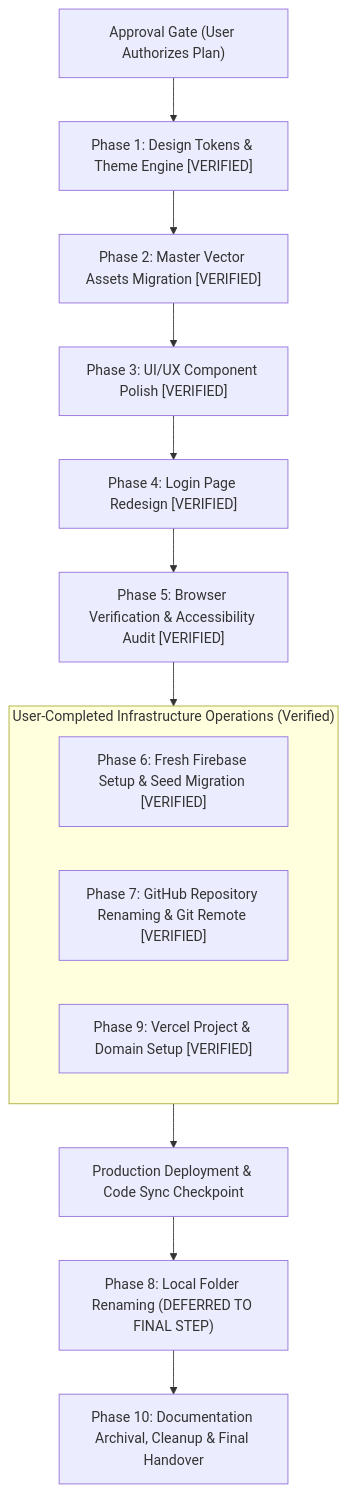
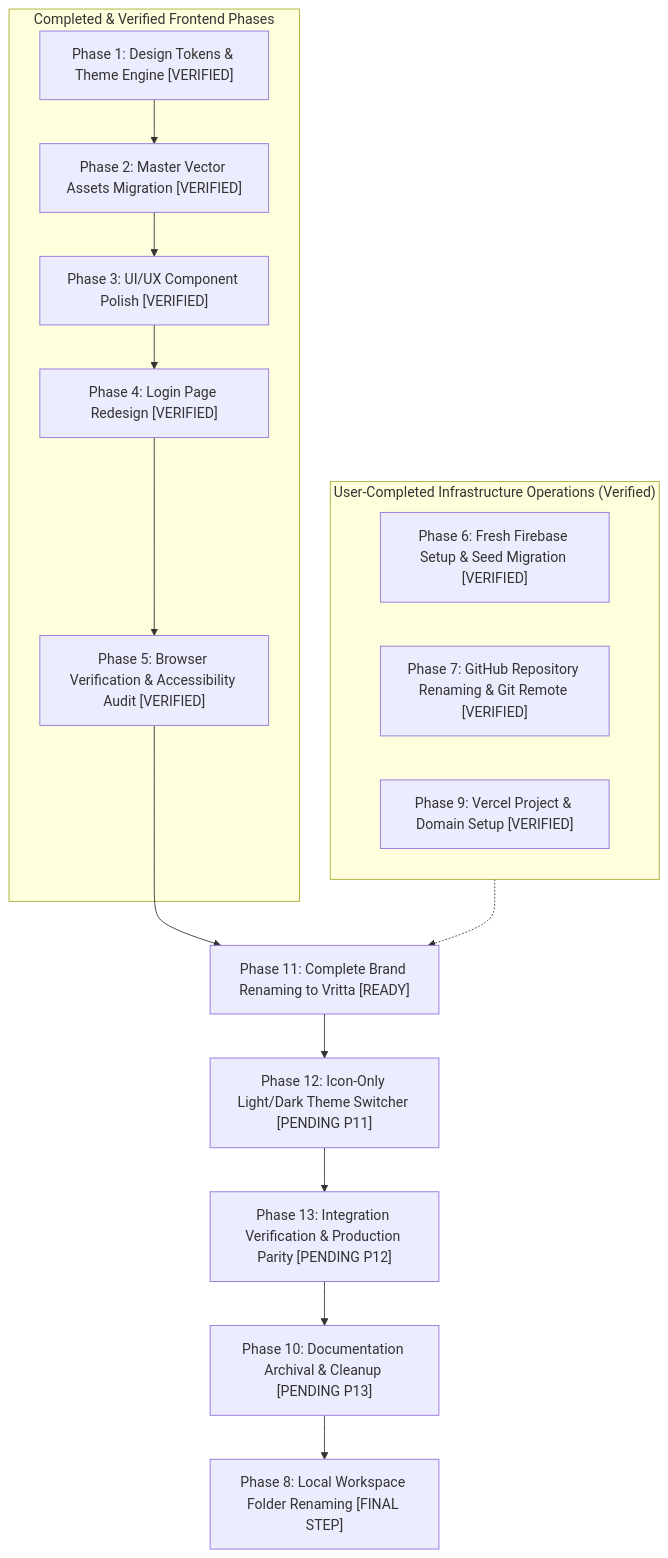
The diagram in docs/branding-exploration/06-phased-implementation-plan.md (manishborikar92/Regimen), drawn with Mermaid before and after one commit. The commit also changed other lines of this file, not shown here.

First line of the commit message:
docs(phase-5): Update phased implementation plan with verified infrastructure status

````diff
--- a/docs/branding-exploration/06-phased-implementation-plan.md
+++ b/docs/branding-exploration/06-phased-implementation-plan.md
@@ -259,19 +260,24 @@
 ```mermaid
 flowchart TD
-    Gate["Approval Gate (User Authorizes Plan)"] --> P1["Phase 1: Design Tokens & Theme Engine [VERIFIED]"]
-    P1 --> P2["Phase 2: Master Vector Assets Migration [VERIFIED]"]
-    P2 --> P3["Phase 3: UI/UX Component Polish [VERIFIED]"]
-    P3 --> P4["Phase 4: Login Page Redesign [VERIFIED]"]
-    P4 --> P5["Phase 5: Browser Verification & Accessibility Audit [VERIFIED]"]
+    subgraph FrontendPhases["Completed & Verified Frontend Phases"]
+        P1["Phase 1: Design Tokens & Theme Engine [VERIFIED]"]
+        P2["Phase 2: Master Vector Assets Migration [VERIFIED]"]
+        P3["Phase 3: UI/UX Component Polish [VERIFIED]"]
+        P4["Phase 4: Login Page Redesign [VERIFIED]"]
+        P5["Phase 5: Browser Verification & Accessibility Audit [VERIFIED]"]
+        P1 --> P2 --> P3 --> P4 --> P5
+    end
 
-    subgraph UserCompletedInfra["User-Completed Infrastructure Operations (Verified)"]
+    subgraph UserInfra["User-Completed Infrastructure Operations (Verified)"]
         P6["Phase 6: Fresh Firebase Setup & Seed Migration [VERIFIED]"]
         P7["Phase 7: GitHub Repository Renaming & Git Remote [VERIFIED]"]
         P9["Phase 9: Vercel Project & Domain Setup [VERIFIED]"]
     end
 
-    P5 --> UserCompletedInfra
-    UserCompletedInfra --> Checkpoint["Production Deployment & Code Sync Checkpoint"]
-    Checkpoint --> P8["Phase 8: Local Folder Renaming (DEFERRED TO FINAL STEP)"]
-    P8 --> P10["Phase 10: Documentation Archival, Cleanup & Final Handover"]
+    P5 --> P11["Phase 11: Complete Brand Renaming to Vritta [READY]"]
+    UserInfra -.-> P11
+    P11 --> P12["Phase 12: Icon-Only Light/Dark Theme Switcher [PENDING P11]"]
+    P12 --> P13["Phase 13: Integration Verification & Production Parity [PENDING P12]"]
+    P13 --> P10["Phase 10: Documentation Archival & Cleanup [PENDING P13]"]
+    P10 --> P8["Phase 8: Local Workspace Folder Renaming [FINAL STEP]"]
 ```
````
